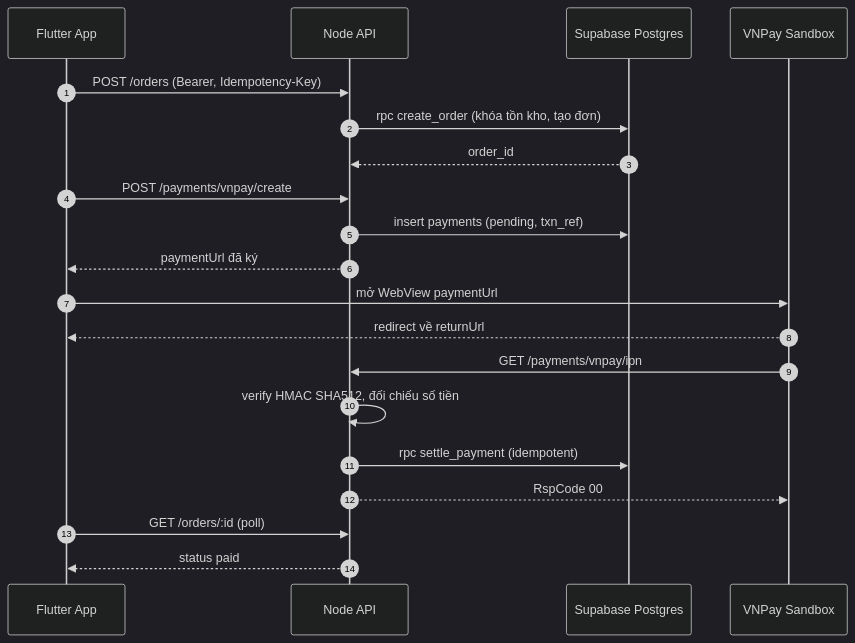
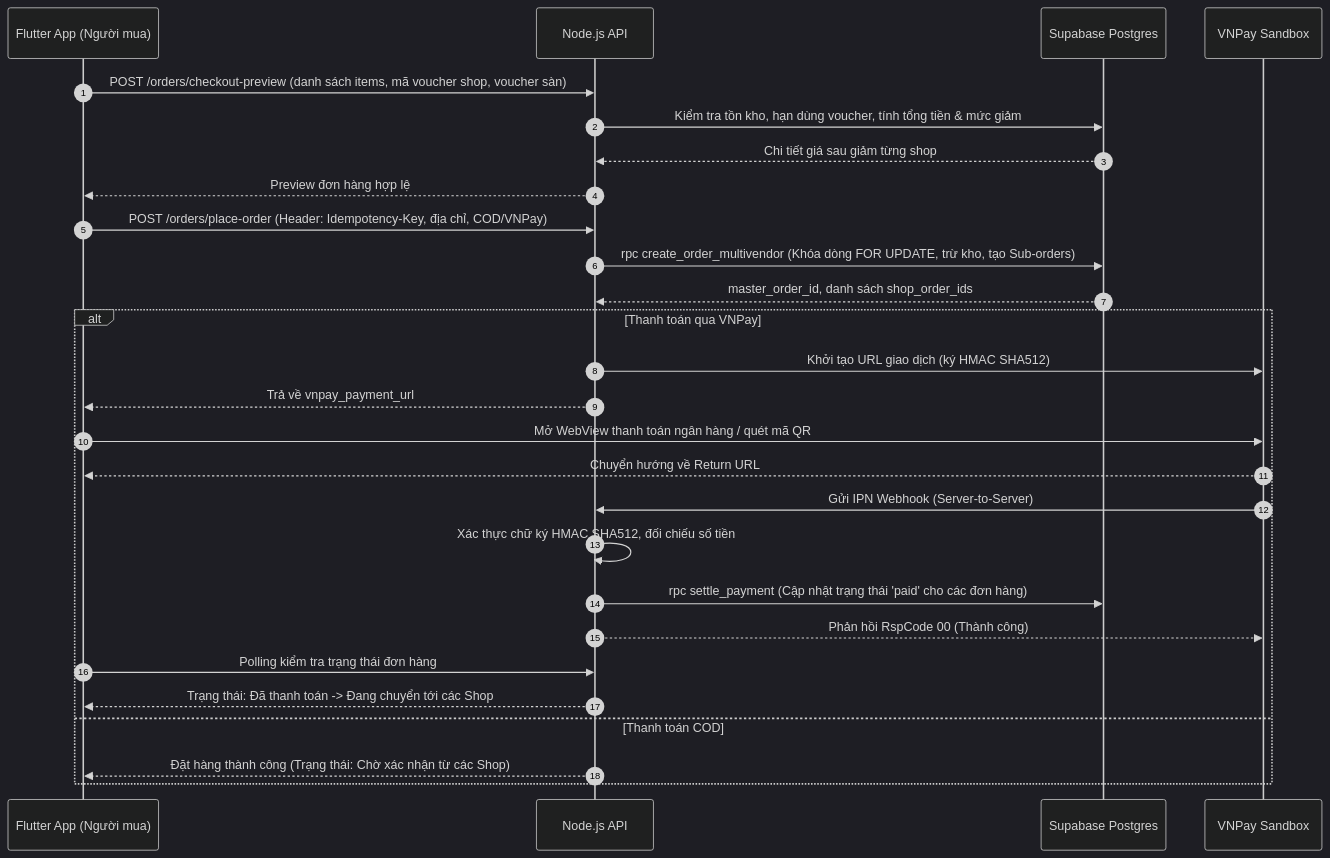
The second of 8 diagrams in menshop-technical-doc (1).md (ThanhToan05022/DATN_Mua-sam-thoi-trang-nam-Menly), drawn with Mermaid (dark theme) before and after one commit. The commit also changed other lines of this file and 1 other file, not shown here.

Commit message:
docs: cập nhật tài liệu kỹ thuật Menly v2.0 và bổ sung tài liệu nghiệp vụ ViMard

````diff
--- a/menshop-technical-doc (1).md
+++ b/menshop-technical-doc (1).md
@@ -145,22 +318,32 @@
 ```mermaid
 sequenceDiagram
   autonumber
-  participant App as Flutter App
-  participant API as Node API
+  participant App as Flutter App (Người mua)
+  participant API as Node.js API
   participant DB as Supabase Postgres
   participant VN as VNPay Sandbox
-  App->>API: POST /orders (Bearer, Idempotency-Key)
-  API->>DB: rpc create_order (khóa tồn kho, tạo đơn)
-  DB-->>API: order_id
-  App->>API: POST /payments/vnpay/create
-  API->>DB: insert payments (pending, txn_ref)
-  API-->>App: paymentUrl đã ký
-  App->>VN: mở WebView paymentUrl
-  VN-->>App: redirect về returnUrl
-  VN->>API: GET /payments/vnpay/ipn
-  API->>API: verify HMAC SHA512, đối chiếu số tiền
-  API->>DB: rpc settle_payment (idempotent)
-  API-->>VN: RspCode 00
-  App->>API: GET /orders/:id (poll)
-  API-->>App: status paid
+
+  App->>API: POST /orders/checkout-preview (danh sách items, mã voucher shop, voucher sàn)
+  API->>DB: Kiểm tra tồn kho, hạn dùng voucher, tính tổng tiền & mức giảm
+  DB-->>API: Chi tiết giá sau giảm từng shop
+  API-->>App: Preview đơn hàng hợp lệ
+
+  App->>API: POST /orders/place-order (Header: Idempotency-Key, địa chỉ, COD/VNPay)
+  API->>DB: rpc create_order_multivendor (Khóa dòng FOR UPDATE, trừ kho, tạo Sub-orders)
+  DB-->>API: master_order_id, danh sách shop_order_ids
+  
+  alt Thanh toán qua VNPay
+    API->>VN: Khởi tạo URL giao dịch (ký HMAC SHA512)
+    API-->>App: Trả về vnpay_payment_url
+    App->>VN: Mở WebView thanh toán ngân hàng / quét mã QR
+    VN-->>App: Chuyển hướng về Return URL
+    VN->>API: Gửi IPN Webhook (Server-to-Server)
+    API->>API: Xác thực chữ ký HMAC SHA512, đối chiếu số tiền
+    API->>DB: rpc settle_payment (Cập nhật trạng thái 'paid' cho các đơn hàng)
+    API-->>VN: Phản hồi RspCode 00 (Thành công)
+    App->>API: Polling kiểm tra trạng thái đơn hàng
+    API-->>App: Trạng thái: Đã thanh toán -> Đang chuyển tới các Shop
+  else Thanh toán COD
+    API-->>App: Đặt hàng thành công (Trạng thái: Chờ xác nhận từ các Shop)
+  end
 ```
````
